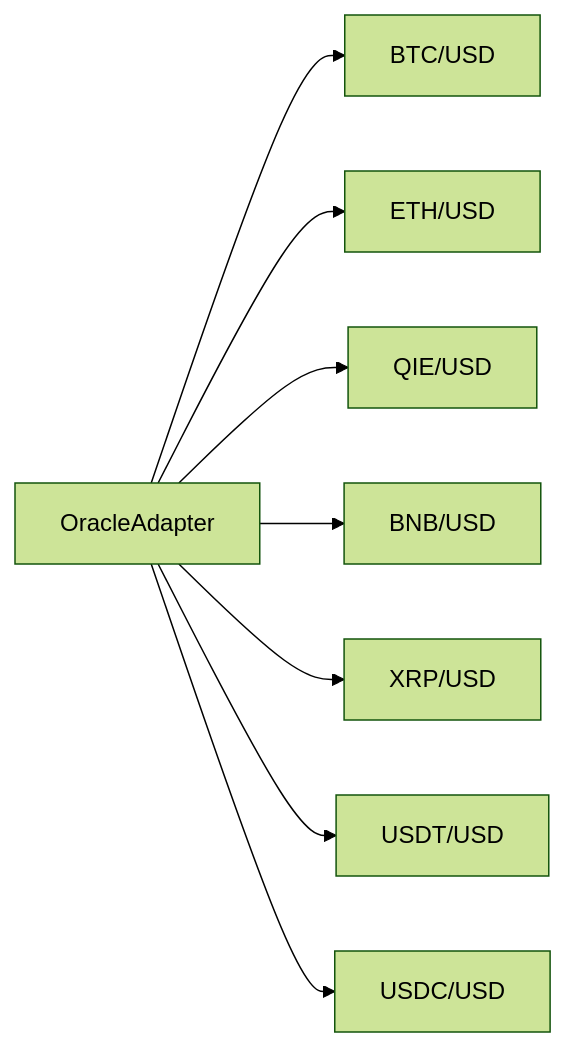
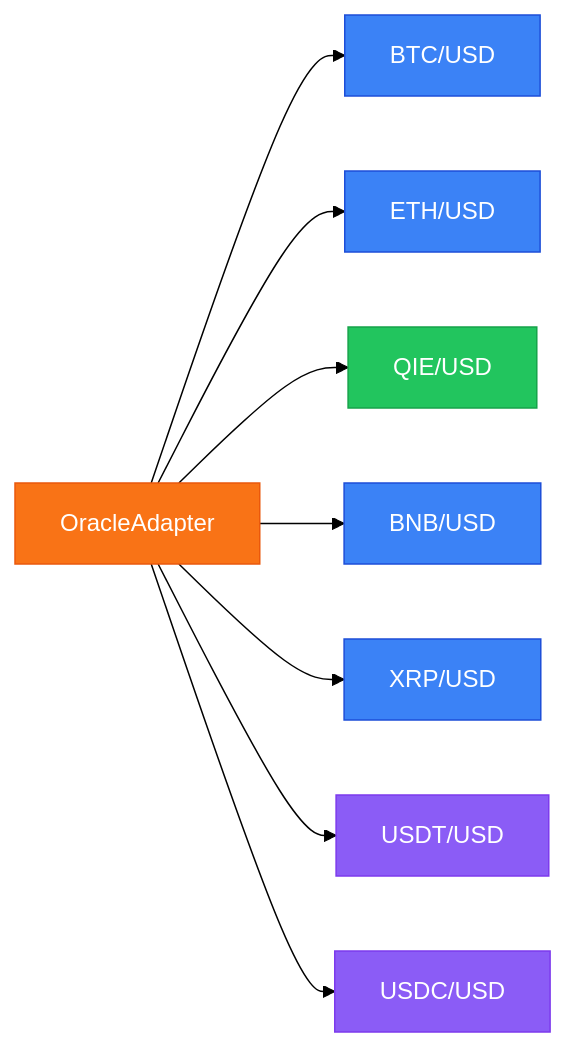
The sixth of 10 diagrams in Archiecture.md (yashodipmore/VeriChain-Identity-Protocol), drawn with Mermaid (forest theme) before and after one commit. The commit also changed other lines of this file, not shown here.

````diff
--- a/Archiecture.md
+++ b/Archiecture.md
@@ -112,10 +129,15 @@
 ```mermaid
 flowchart LR
-    OA[OracleAdapter] --> BTC[BTC/USD]
-    OA --> ETH[ETH/USD]
-    OA --> QIE[QIE/USD]
-    OA --> BNB[BNB/USD]
-    OA --> XRP[XRP/USD]
-    OA --> USDT[USDT/USD]
-    OA --> USDC[USDC/USD]
+    OA[OracleAdapter]:::main --> BTC[BTC/USD]:::coin
+    OA --> ETH[ETH/USD]:::coin
+    OA --> QIE[QIE/USD]:::qie
+    OA --> BNB[BNB/USD]:::coin
+    OA --> XRP[XRP/USD]:::coin
+    OA --> USDT[USDT/USD]:::stable
+    OA --> USDC[USDC/USD]:::stable
+
+    classDef main fill:#f97316,stroke:#ea580c,color:#fff
+    classDef coin fill:#3b82f6,stroke:#1d4ed8,color:#fff
+    classDef qie fill:#22c55e,stroke:#16a34a,color:#fff
+    classDef stable fill:#8b5cf6,stroke:#7c3aed,color:#fff
 ```
````
